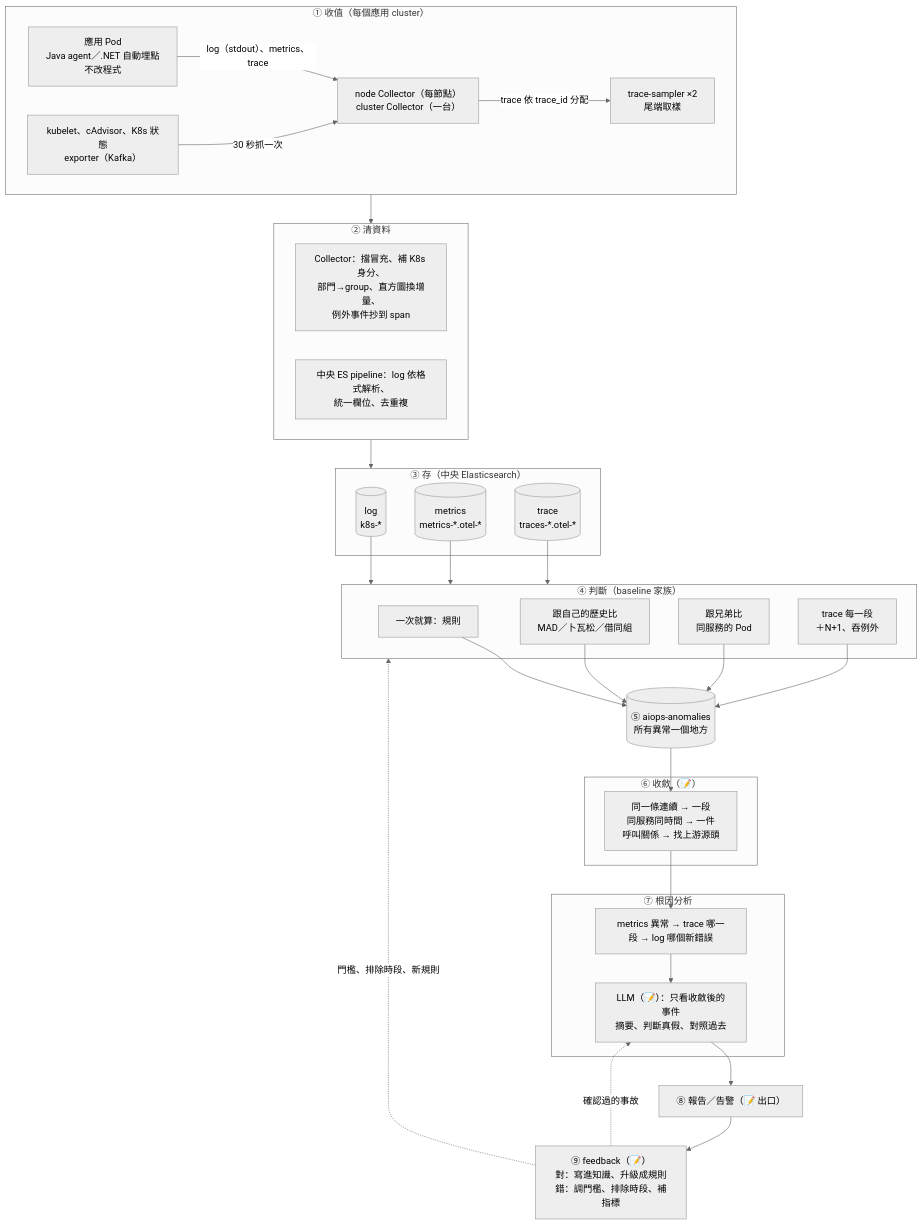
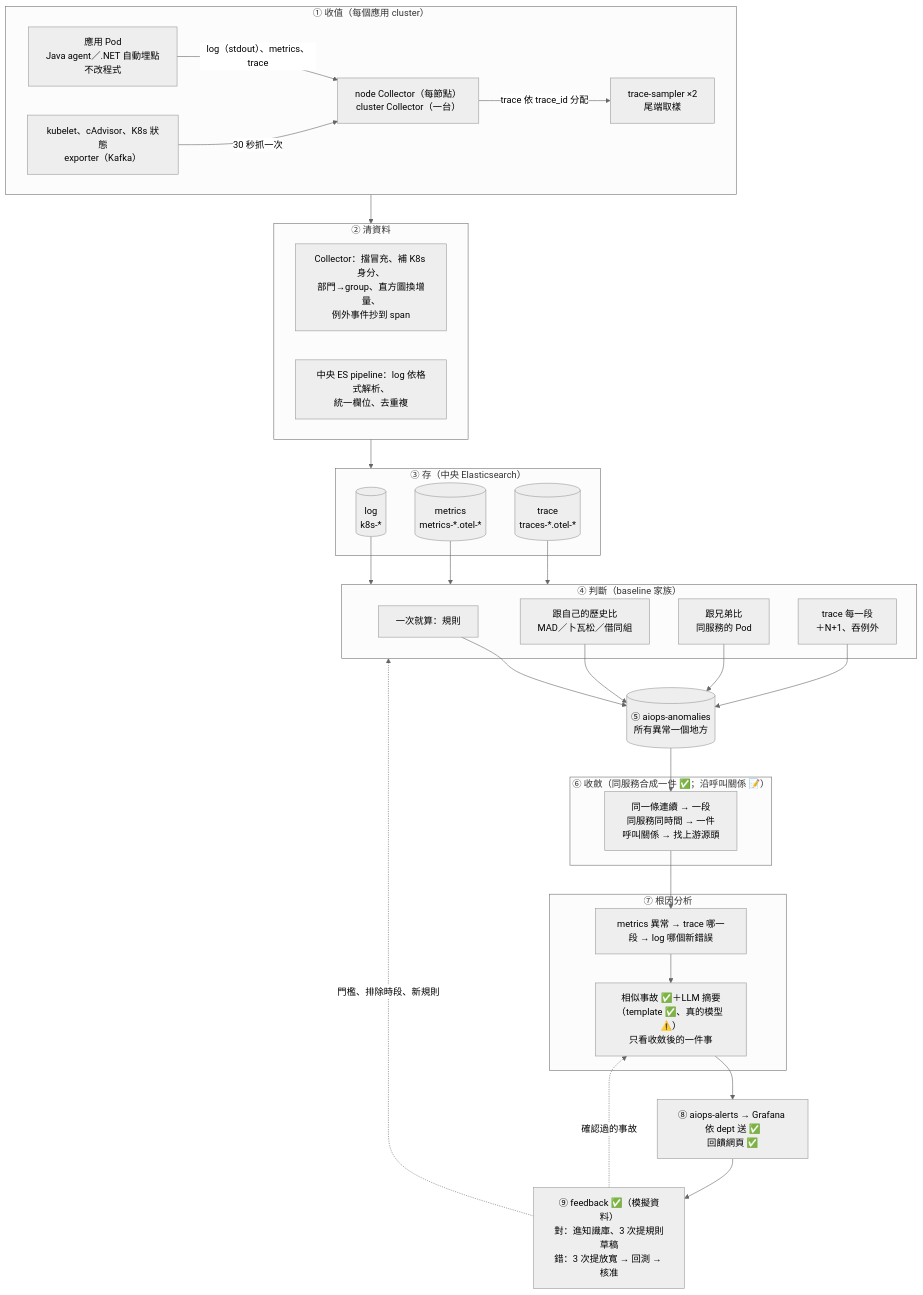
Before and after one commit to i-shuan/aiops-data-foundation: the first of 3 diagrams in docs/architecture.md, drawn with Mermaid (neutral theme). The commit also changed other lines of this file and 7 other files, not shown here.

First line of the commit message:
文件對程式：整條線一份看完（end-to-end-flow.md）、總覽狀態對齊

````diff
--- a/docs/architecture.md
+++ b/docs/architecture.md
@@ -9,51 +9,51 @@
 ```mermaid
 flowchart TB
   subgraph S1["① 收值（每個應用 cluster）"]
     APP["應用 Pod<br/>Java agent／.NET 自動埋點<br/>不改程式"]
     K8S["kubelet、cAdvisor、K8s 狀態<br/>exporter（Kafka）"]
     COL["node Collector（每節點）<br/>cluster Collector（一台）"]
     TS["trace-sampler ×2<br/>尾端取樣"]
     APP -- "log（stdout）、metrics、trace" --> COL
     K8S -- "30 秒抓一次" --> COL
     COL -- "trace 依 trace_id 分配" --> TS
   end
 
   subgraph S2["② 清資料"]
     C1["Collector：擋冒充、補 K8s 身分、<br/>部門→group、直方圖換增量、<br/>例外事件抄到 span"]
     C2["中央 ES pipeline：log 依格式解析、<br/>統一欄位、去重複"]
   end
 
   subgraph S3["③ 存（中央 Elasticsearch）"]
     LOG[("log<br/>k8s-*")]
     MET[("metrics<br/>metrics-*.otel-*")]
     TRA[("trace<br/>traces-*.otel-*")]
   end
 
   subgraph S4["④ 判斷（baseline 家族）"]
     R["一次就算：規則"]
     H["跟自己的歷史比<br/>MAD／卜瓦松／借同組"]
     P["跟兄弟比<br/>同服務的 Pod"]
     T["trace 每一段<br/>＋N+1、吞例外"]
   end
 
   AN[("⑤ aiops-anomalies<br/>所有異常一個地方")]
 
-  subgraph S6["⑥ 收斂（📝）"]
+  subgraph S6["⑥ 收斂（同服務合成一件 ✅；沿呼叫關係 📝）"]
     CV["同一條連續 → 一段<br/>同服務同時間 → 一件<br/>呼叫關係 → 找上游源頭"]
   end
 
   subgraph S7["⑦ 根因分析"]
     RCA["metrics 異常 → trace 哪一段 → log 哪個新錯誤"]
-    LLM["LLM（📝）：只看收斂後的事件<br/>摘要、判斷真假、對照過去"]
+    LLM["相似事故 ✅＋LLM 摘要（template ✅、真的模型 ⚠️）<br/>只看收斂後的一件事"]
   end
 
-  OUT["⑧ 報告／告警（📝 出口）"]
-  FB["⑨ feedback（📝）<br/>對：寫進知識、升級成規則<br/>錯：調門檻、排除時段、補指標"]
+  OUT["⑧ aiops-alerts → Grafana 依 dept 送 ✅<br/>回饋網頁 ✅"]
+  FB["⑨ feedback ✅（模擬資料）<br/>對：進知識庫、3 次提規則草稿<br/>錯：3 次提放寬 → 回測 → 核准"]
 
   S1 --> S2 --> S3
   LOG & MET & TRA --> S4
   R & H & P & T --> AN
   AN --> CV --> RCA --> LLM --> OUT --> FB
   FB -. "門檻、排除時段、新規則" .-> S4
   FB -. "確認過的事故" .-> LLM
 ```
````
